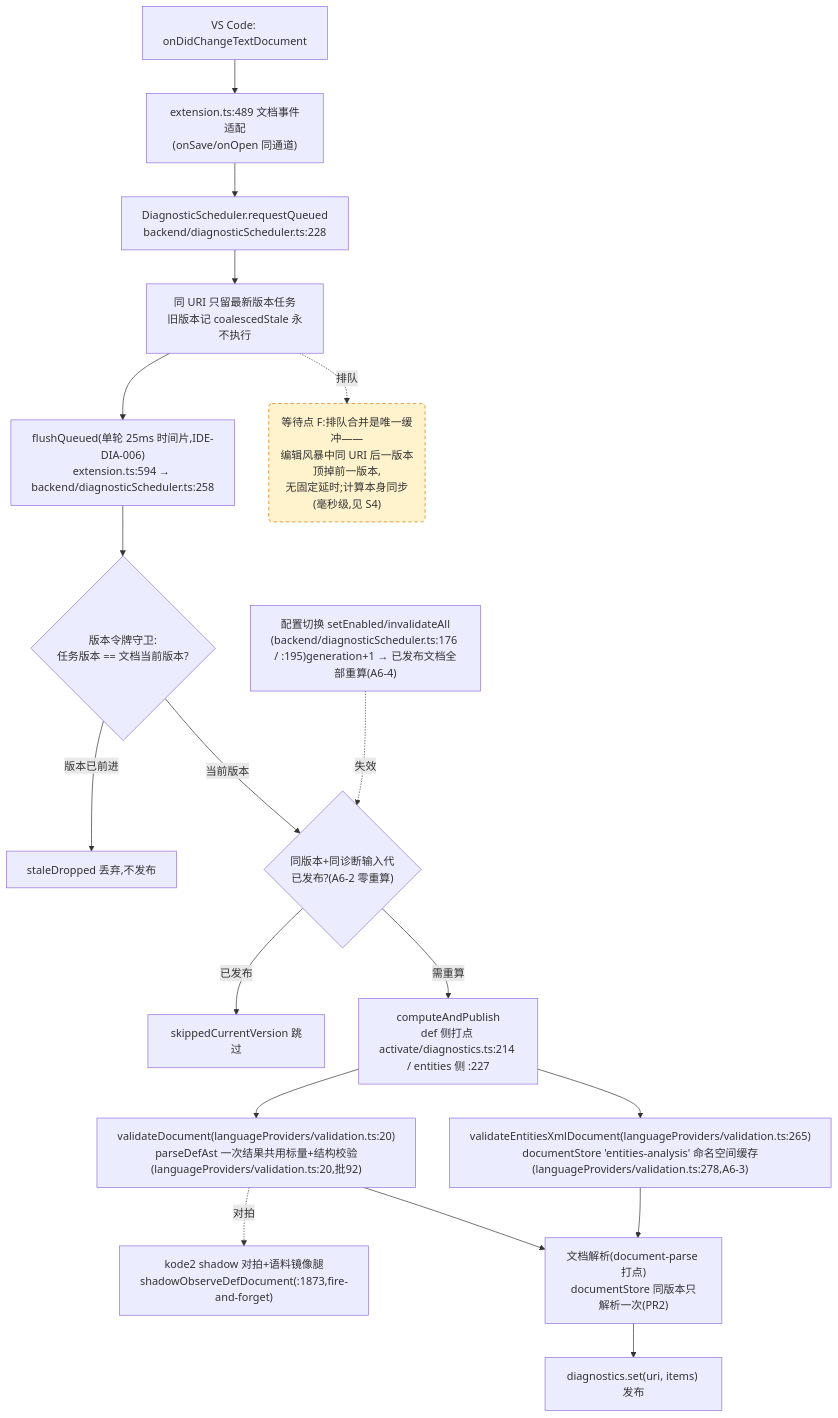
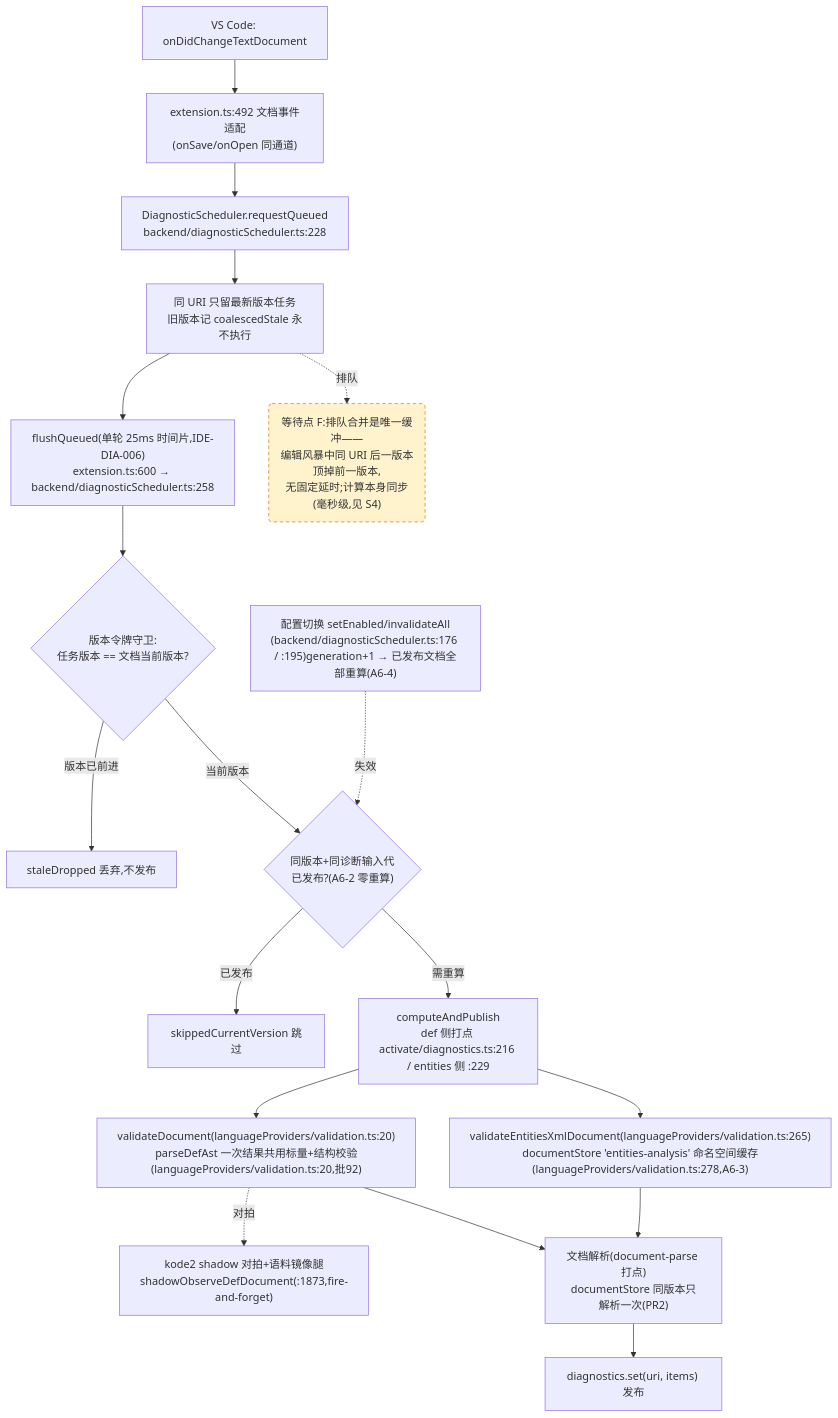
The fourth of 4 diagrams in docs/perf/2026-baseline.md (cuihairu/kode), drawn with Mermaid before and after one commit. The commit also changed other lines of this file and 1 other file, not shown here.

Commit message:
fix: realign perf baseline anchors

````diff
--- a/docs/perf/2026-baseline.md
+++ b/docs/perf/2026-baseline.md
@@ -239,38 +239,38 @@
 ```mermaid
 flowchart TD
   CHG["VS Code: onDidChangeTextDocument"]
-  WATCH["extension.ts:489 文档事件适配<br/>(onSave/onOpen 同通道)"]
+  WATCH["extension.ts:492 文档事件适配<br/>(onSave/onOpen 同通道)"]
   RQ["DiagnosticScheduler.requestQueued<br/>backend/diagnosticScheduler.ts:228"]
   CO["同 URI 只留最新版本任务<br/>旧版本记 coalescedStale 永不执行"]
-  FL["flushQueued(单轮 25ms 时间片,IDE-DIA-006)<br/>extension.ts:594 → backend/diagnosticScheduler.ts:258"]
+  FL["flushQueued(单轮 25ms 时间片,IDE-DIA-006)<br/>extension.ts:600 → backend/diagnosticScheduler.ts:258"]
   VG{"版本令牌守卫:<br/>任务版本 == 文档当前版本?"}
   DROP["staleDropped 丢弃,不发布"]
   GEN{"同版本+同诊断输入代<br/>已发布?(A6-2 零重算)"}
   SKIP["skippedCurrentVersion 跳过"]
-  CALC["computeAndPublish<br/>def 侧打点 activate/diagnostics.ts:214 / entities 侧 :227"]
+  CALC["computeAndPublish<br/>def 侧打点 activate/diagnostics.ts:216 / entities 侧 :229"]
   VD["validateDocument(languageProviders/validation.ts:20)<br/>parseDefAst 一次结果共用标量+结构校验(languageProviders/validation.ts:20,批92)"]
   VEX["validateEntitiesXmlDocument(languageProviders/validation.ts:265)<br/>documentStore 'entities-analysis' 命名空间缓存(languageProviders/validation.ts:278,A6-3)"]
   SHDD["kode2 shadow 对拍+语料镜像腿<br/>shadowObserveDefDocument(:1873,fire-and-forget)"]
   DS["文档解析(document-parse 打点)<br/>documentStore 同版本只解析一次(PR2)"]
   PUB["diagnostics.set(uri, items) 发布"]
   CFG2["配置切换 setEnabled/invalidateAll<br/>(backend/diagnosticScheduler.ts:176 / :195)generation+1 → 已发布文档全部重算(A6-4)"]
 
   CHG --> WATCH --> RQ --> CO --> FL --> VG
   VG -- "版本已前进" --> DROP
   VG -- "当前版本" --> GEN
   GEN -- "已发布" --> SKIP
   GEN -- "需重算" --> CALC
   CALC --> VD
   CALC --> VEX
   VD --> DS
   VEX --> DS
   DS --> PUB
   VD -.->|对拍| SHDD
   CFG2 -.->|失效| GEN
 
   WAITF("等待点 F:排队合并是唯一缓冲——<br/>编辑风暴中同 URI 后一版本顶掉前一版本,<br/>无固定延时;计算本身同步(毫秒级,见 S4)")
   CO -.->|排队| WAITF
 
   classDef waitPoint fill:#fff3cd,stroke:#d97706,stroke-dasharray:5 4;
   class WAITF waitPoint;
 ```
````
